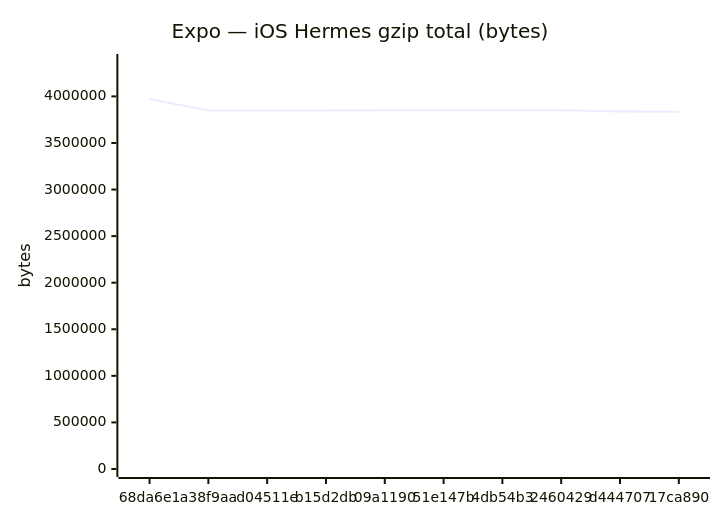
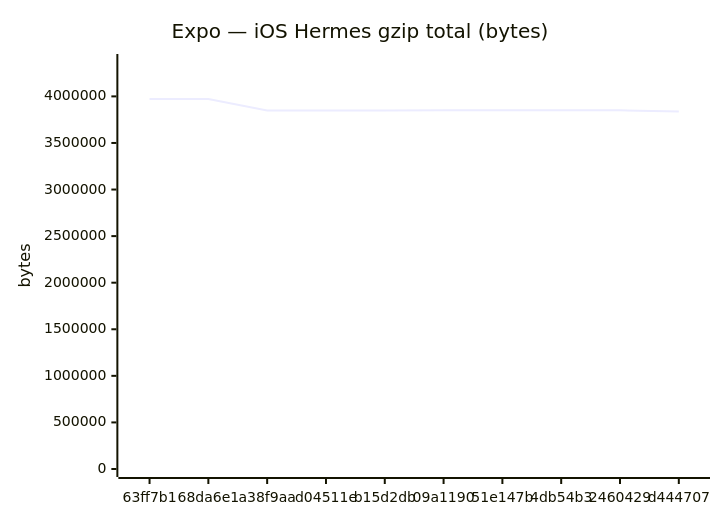
Before and after one commit to Metaheurist/Rianell: the sixth of 18 diagrams in benchmarks/compare.md, drawn with Mermaid. The commit also changed other lines of this file and 11 other files, not shown here.

````diff
--- a/benchmarks/compare.md
+++ b/benchmarks/compare.md
@@ -96,7 +96,7 @@
 ```mermaid
 xychart-beta
     title "Expo — iOS Hermes gzip total (bytes)"
-    x-axis ["68da6e1", "a38f9aa", "d04511e", "b15d2db", "09a1190", "51e147b", "4db54b3", "2460429", "d444707", "17ca890"]
+    x-axis ["63ff7b1", "68da6e1", "a38f9aa", "d04511e", "b15d2db", "09a1190", "51e147b", "4db54b3", "2460429", "d444707"]
     y-axis "bytes" 0 --> 4369141
-    line [3971946, 3849365, 3849367, 3849366, 3850104, 3850105, 3850105, 3850104, 3837764, 3833771]
+    line [3971945, 3971946, 3849365, 3849367, 3849366, 3850104, 3850105, 3850105, 3850104, 3837764]
 ```
````
